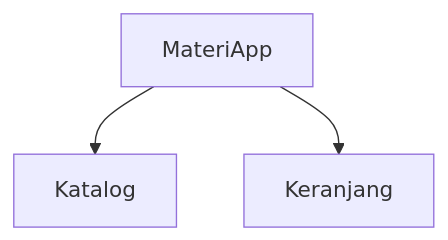
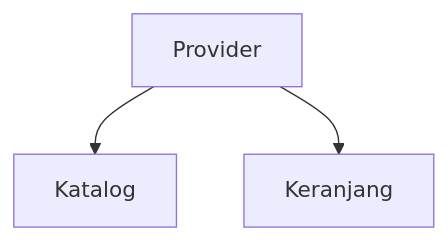
The fifth of 6 diagrams in modul-04-state/README.md (antonprafanto/mobile2026), drawn with Mermaid before and after one commit. The commit also changed other lines of this file and 21 other files, not shown here.

````diff
--- a/modul-04-state/README.md
+++ b/modul-04-state/README.md
@@ -401,6 +401,6 @@
 ```mermaid
 flowchart TB
-  App["MateriApp"]
-  App --> Katalog
-  App --> Keranjang
+  Prov["Provider"]
+  Prov --> Katalog
+  Prov --> Keranjang
 ```
````
